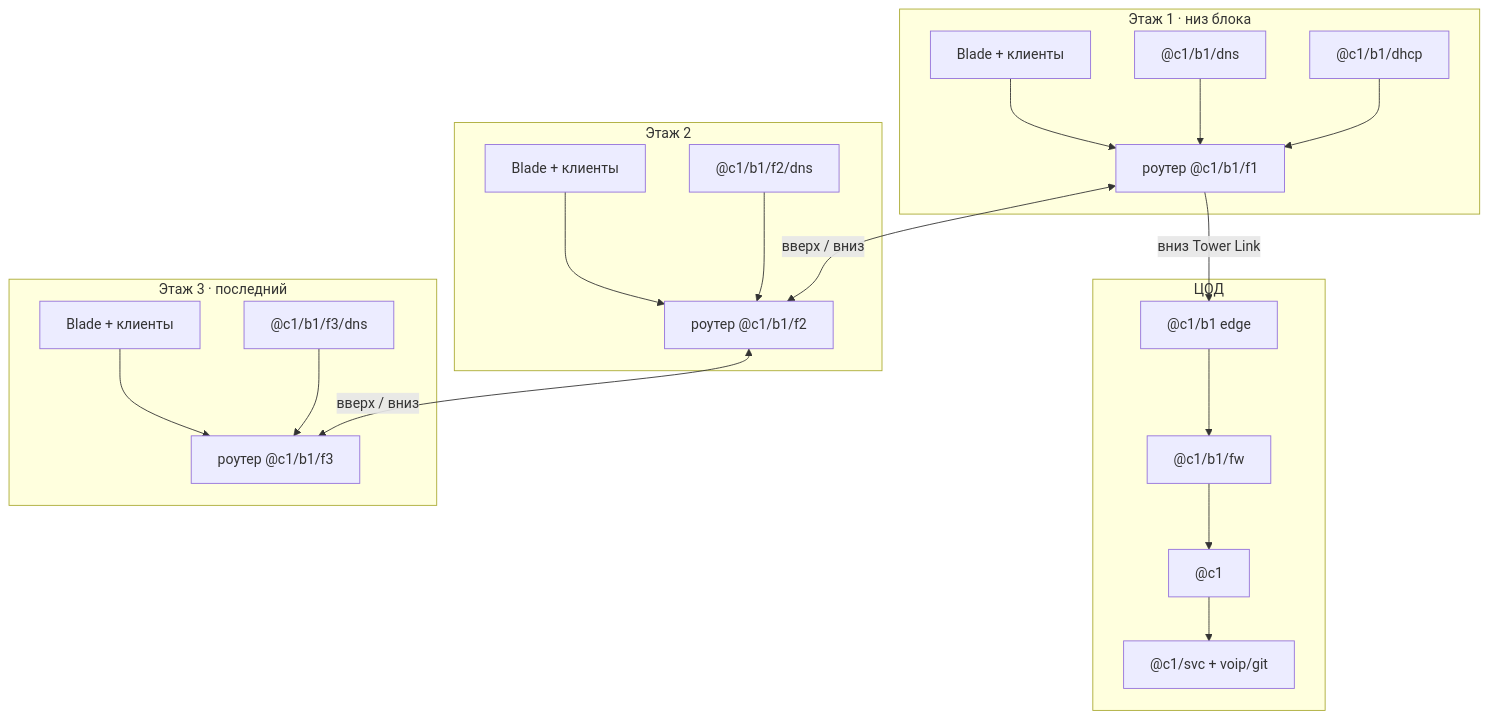
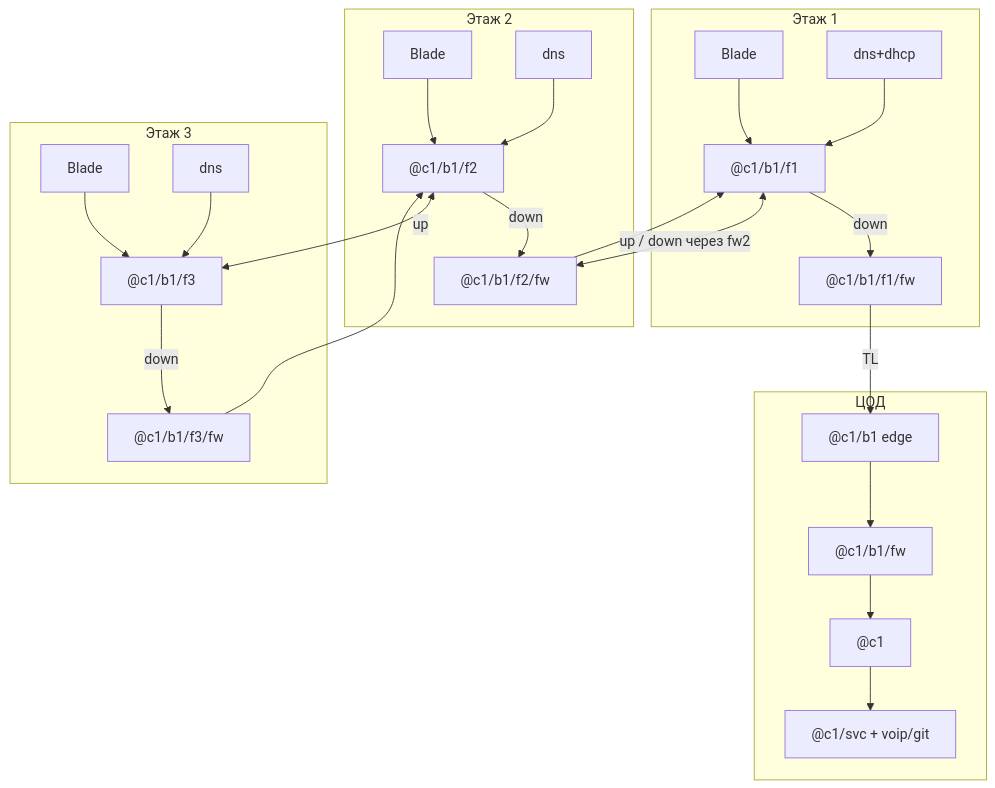
Before and after one commit to DefaultUsernameWasAleadyTaken/TNI-ModManager-Plus: the first of 2 diagrams in guide/tni-day1-starter.md, drawn with Mermaid. The commit also changed other lines of this file, not shown here.

Commit message:
docs: add per-floor firewalls and f1 vs f2/f3 wiring diagrams.

````diff
--- a/guide/tni-day1-starter.md
+++ b/guide/tni-day1-starter.md
@@ -84,28 +83,33 @@
 ```mermaid
 flowchart TB
   subgraph dc [ЦОД]
     edge["@c1/b1 edge"]
     fw["@c1/b1/fw"]
     core["@c1"]
     svc["@c1/svc + voip/git"]
     edge --> fw --> core --> svc
   end
-  subgraph f1 [Этаж 1 · низ блока]
-    sw1["Blade + клиенты"] --> r1["роутер @c1/b1/f1"]
-    dns1["@c1/b1/dns"]
-    dhcp1["@c1/b1/dhcp"]
-    dns1 --> r1
-    dhcp1 --> r1
+  subgraph f1 [Этаж 1]
+    sw1["Blade"] --> r1["@c1/b1/f1"]
+    dns1["dns+dhcp"] --> r1
+    fw1["@c1/b1/f1/fw"]
+    r1 -->|down| fw1
   end
   subgraph f2 [Этаж 2]
-    sw2["Blade + клиенты"] --> r2["роутер @c1/b1/f2"]
-    dns2["@c1/b1/f2/dns"] --> r2
+    sw2["Blade"] --> r2["@c1/b1/f2"]
+    dns2["dns"] --> r2
+    fw2["@c1/b1/f2/fw"]
+    r2 -->|down| fw2
   end
-  subgraph f3 [Этаж 3 · последний]
-    sw3["Blade + клиенты"] --> r3["роутер @c1/b1/f3"]
-    dns3["@c1/b1/f3/dns"] --> r3
+  subgraph f3 [Этаж 3]
+    sw3["Blade"] --> r3["@c1/b1/f3"]
+    dns3["dns"] --> r3
+    fw3["@c1/b1/f3/fw"]
+    r3 -->|down| fw3
   end
-  r1 -->|вниз Tower Link| edge
-  r1 <-->|вверх / вниз| r2
-  r2 <-->|вверх / вниз| r3
+  fw1 -->|TL| edge
+  r1 <-->|up / down через fw2| fw2
+  fw2 --> r1
+  r2 <-->|up| r3
+  fw3 --> r2
 ```
````
